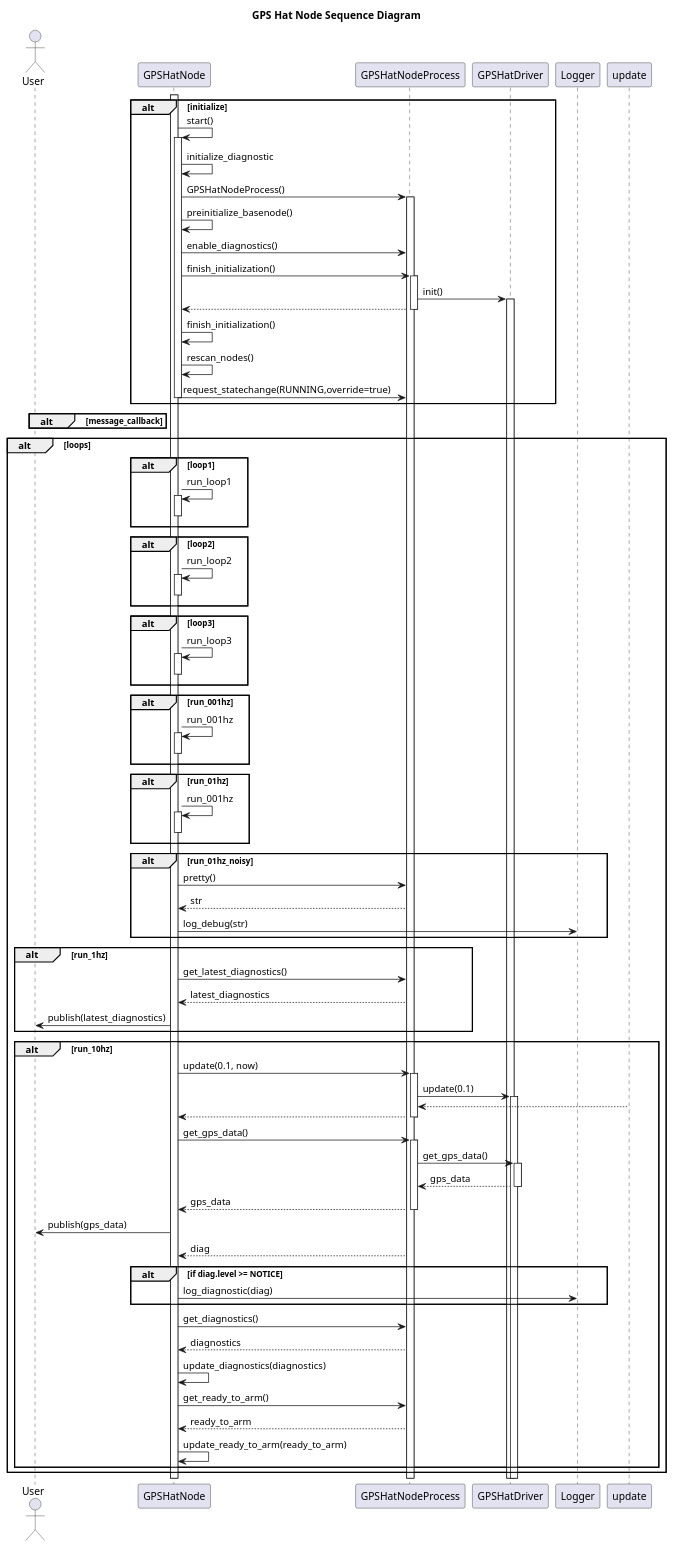
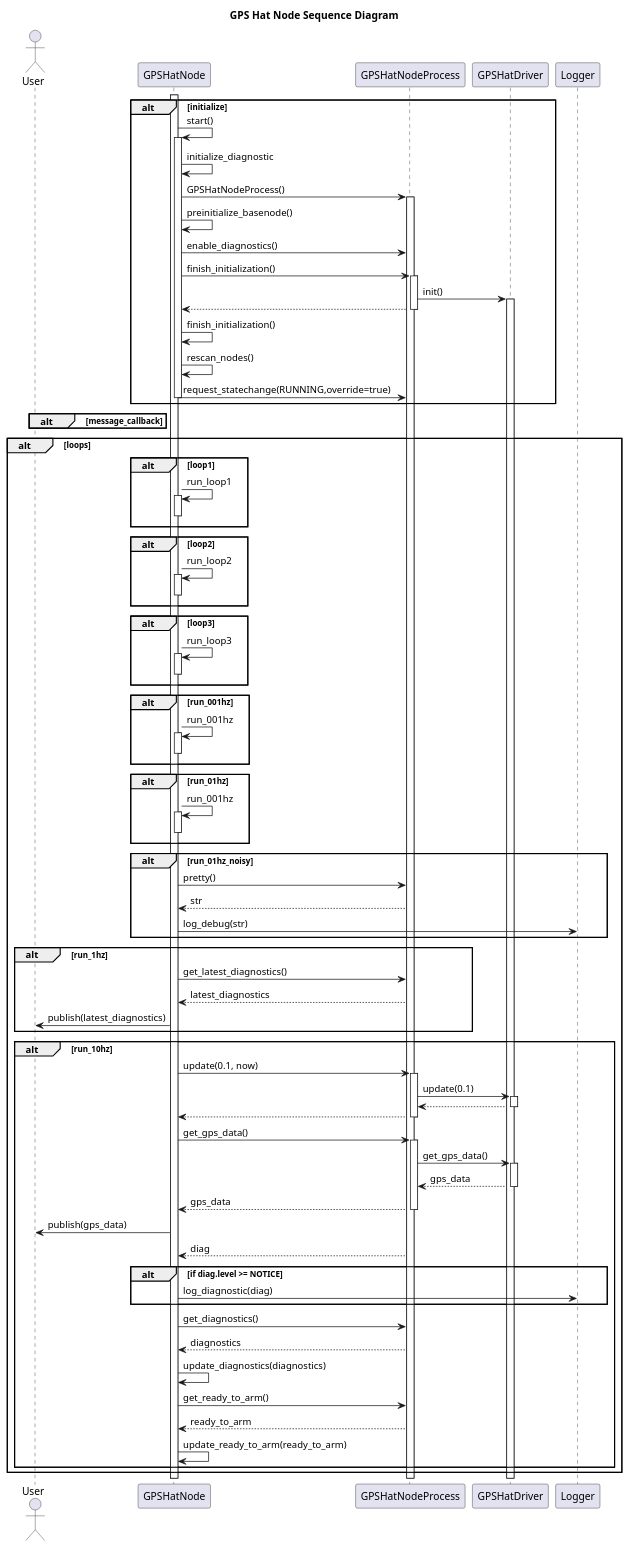
The diagram in nodes/GPSHatNode/doc/GPSHatNodeSequenceDiagram.puml (dgitz/ros_hats), drawn with PlantUML before and after one commit. The commit also changed 62 other files, not shown here.

```diff
--- a/nodes/GPSHatNode/doc/GPSHatNodeSequenceDiagram.puml
+++ b/nodes/GPSHatNode/doc/GPSHatNodeSequenceDiagram.puml
@@ -1,82 +1,82 @@
 @startuml
 title GPS Hat Node Sequence Diagram
 actor User as user
 participant GPSHatNode as node
 participant GPSHatNodeProcess as process
 participant GPSHatDriver as driver
 participant Logger as logger
 
 alt initialize
     activate node
     node -> node++: start()
     node -> node: initialize_diagnostic
     node -> process++: GPSHatNodeProcess()
     node -> node: preinitialize_basenode()
     node -> process: enable_diagnostics()
     node -> process++: finish_initialization()
     process -> driver++: init()
     process --> node--
     node -> node: finish_initialization()
     node -> node: rescan_nodes()
     node -> process: request_statechange(RUNNING,override=true)
     node--
 end
 
 alt message_callback
 end
 
 alt loops
     alt loop1
         node -> node++: run_loop1
         node--
     end
     alt loop2
         node -> node++: run_loop2
         node--
     end
     alt loop3
         node -> node++: run_loop3
         node--
     end
     alt run_001hz
         node -> node++: run_001hz
         node--
     end
     alt run_01hz
         node -> node++: run_001hz
         node--
     end
     alt run_01hz_noisy
         node -> process: pretty()
         process --> node: str
         node -> logger: log_debug(str)
     end
     alt run_1hz
         node -> process: get_latest_diagnostics()
         process --> node: latest_diagnostics
         node -> user: publish(latest_diagnostics)
     end
     alt run_10hz
         node -> process++: update(0.1, now)
         process -> driver++: update(0.1)
-        update --> process--
+        driver --> process--
         process --> node--
         node -> process++: get_gps_data()
         process -> driver++: get_gps_data()
         driver --> process--: gps_data
         process --> node--: gps_data
         node -> user: publish(gps_data)
         process --> node: diag
         alt if diag.level >= NOTICE
             node -> logger: log_diagnostic(diag)
         end
         node -> process: get_diagnostics()
         process --> node: diagnostics
         node -> node: update_diagnostics(diagnostics)
         node -> process: get_ready_to_arm()
         process --> node: ready_to_arm
         node -> node: update_ready_to_arm(ready_to_arm)
 
     end
 end
 @enduml
```
